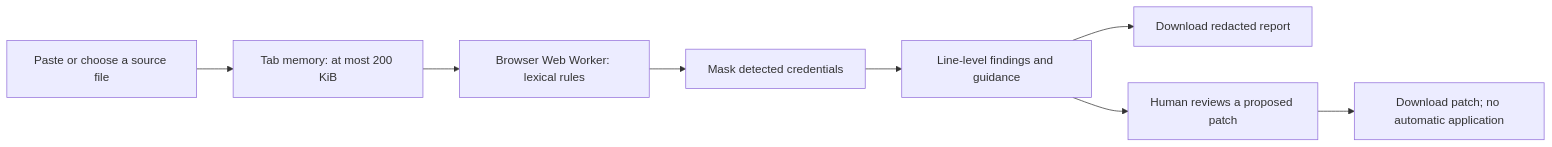
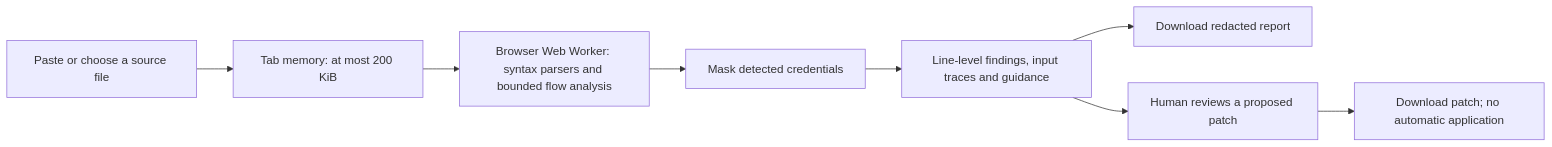
The first of 3 diagrams in docs/architecture.md (aashleshshet/CodeGuardian), drawn with Mermaid before and after one commit. The commit also changed other lines of this file and 23 other files, not shown here.

Commit message:
Add parsed code analysis with bounded input-flow traces and regression corpus

````diff
--- a/docs/architecture.md
+++ b/docs/architecture.md
@@ -5,10 +5,10 @@
 ```mermaid
 flowchart LR
     Input[Paste or choose a source file] --> Memory[Tab memory: at most 200 KiB]
-    Memory --> Worker[Browser Web Worker: lexical rules]
+    Memory --> Worker[Browser Web Worker: syntax parsers and bounded flow analysis]
     Worker --> Redaction[Mask detected credentials]
-    Redaction --> Review[Line-level findings and guidance]
+    Redaction --> Review[Line-level findings, input traces and guidance]
     Review --> Report[Download redacted report]
     Review --> Human[Human reviews a proposed patch]
     Human --> Export[Download patch; no automatic application]
 ```
````
